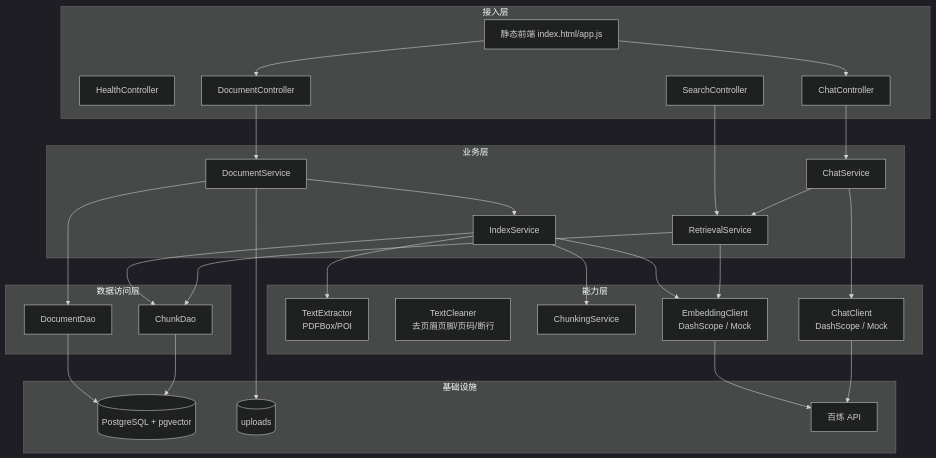
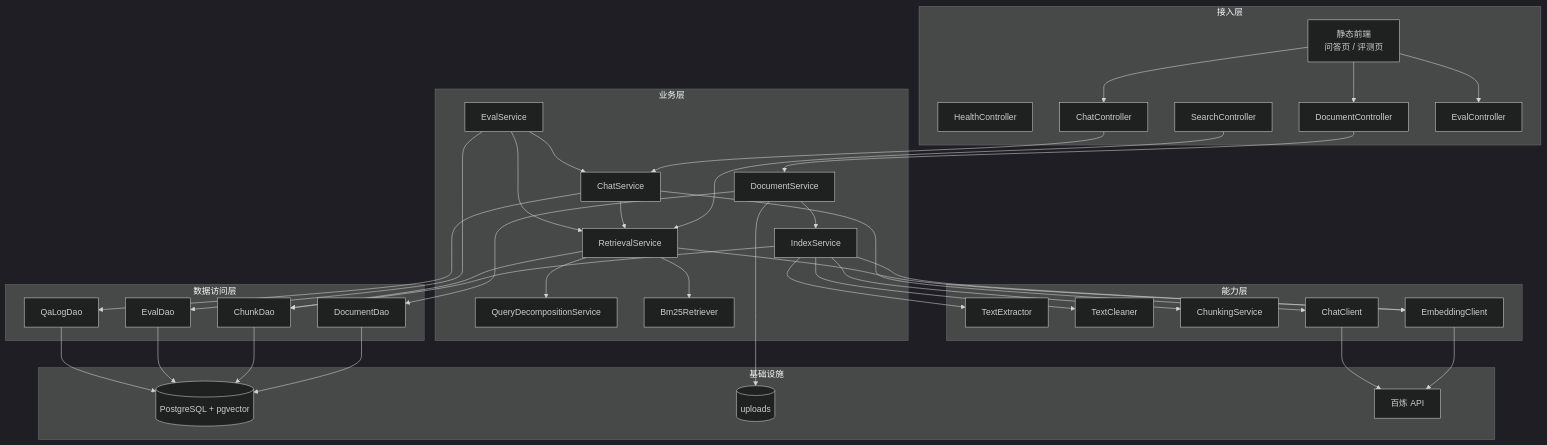
One commit to Kagtro/AI-RAG_training changed the second of 6 diagrams in docs/architecture.md. Above: the diagram before and after it, drawn with Mermaid (dark theme). The commit also changed other lines of this file and 2 other files, not shown here.

First line of the commit message:
docs: rewrite README and architecture for current system

````diff
--- a/docs/architecture.md
+++ b/docs/architecture.md
@@ -57,57 +55,73 @@
 ```mermaid
 flowchart TB
     subgraph 接入层
+        FE[静态前端<br/>问答页 / 评测页]
         C1[HealthController]
         C2[DocumentController]
         C3[SearchController]
         C4[ChatController]
-        FE[静态前端 index.html/app.js]
+        C5[EvalController]
     end
 
     subgraph 业务层
         S1[DocumentService]
         S2[IndexService]
         S3[RetrievalService]
-        S4[ChatService]
+        S4[QueryDecompositionService]
+        S5[Bm25Retriever]
+        S6[ChatService]
+        S7[EvalService]
     end
 
     subgraph 能力层
-        P[TextExtractor<br/>PDFBox/POI]
-        CL[TextCleaner<br/>去页眉页脚/页码/断行]
+        P[TextExtractor]
+        CL[TextCleaner]
         CH[ChunkingService]
-        EMB[EmbeddingClient<br/>DashScope / Mock]
-        LLM[ChatClient<br/>DashScope / Mock]
+        EMB[EmbeddingClient]
+        LLM[ChatClient]
     end
 
     subgraph 数据访问层
         D1[DocumentDao]
         D2[ChunkDao]
+        D3[EvalDao]
+        D4[QaLogDao]
     end
 
     subgraph 基础设施
         PG[(PostgreSQL + pgvector)]
         FS[(uploads)]
         DS[百炼 API]
     end
 
     FE --> C2
     FE --> C4
+    FE --> C5
     C2 --> S1
     S1 --> D1
     S1 --> S2
     S2 --> P
+    S2 --> CL
     S2 --> CH
     S2 --> EMB
     S2 --> D2
     C3 --> S3
+    C4 --> S6
+    S6 --> S3
+    S6 --> LLM
+    S3 --> S4
+    S3 --> S5
     S3 --> EMB
     S3 --> D2
-    C4 --> S4
-    S4 --> S3
-    S4 --> LLM
+    S7 --> S3
+    S7 --> S6
+    S7 --> D3
+    S6 --> D4
     D1 --> PG
     D2 --> PG
+    D3 --> PG
+    D4 --> PG
     S1 --> FS
     EMB --> DS
     LLM --> DS
 ```
````
